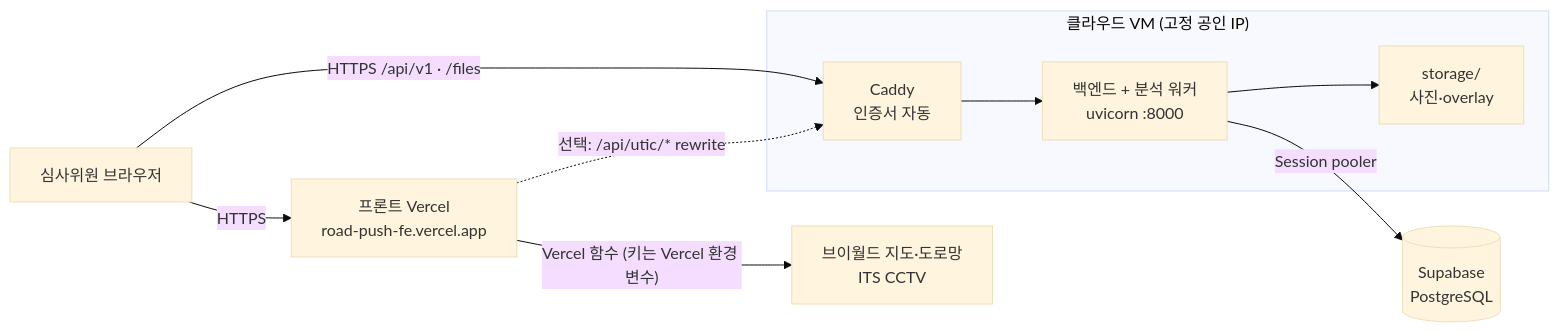
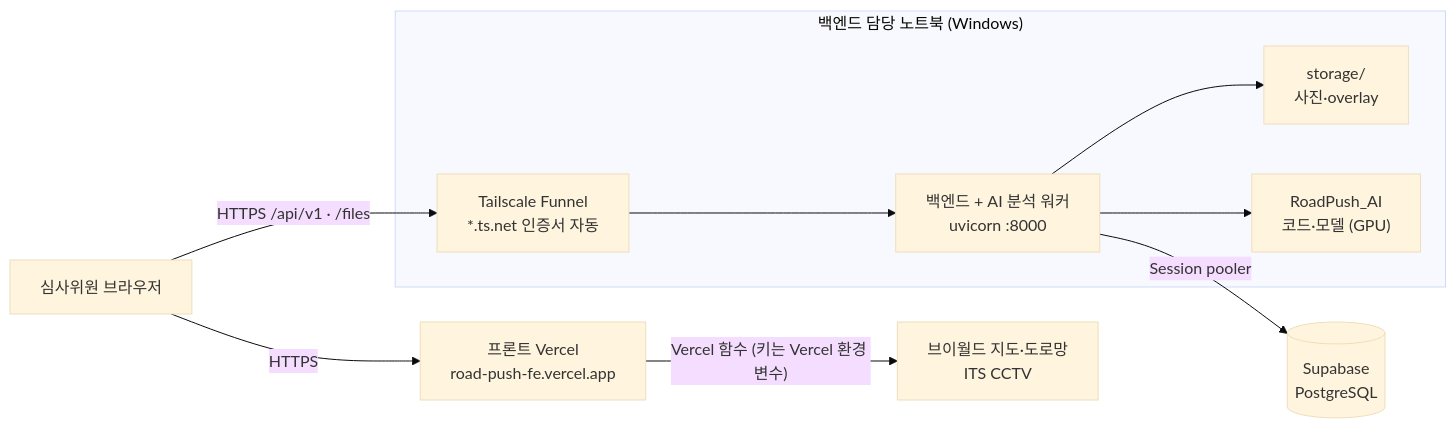
Before and after one commit to KingHaKyung/RoadPush_BE: the diagram in docs/DEPLOY.md, drawn with Mermaid (base theme). The commit also changed other lines of this file and 15 other files, not shown here.

First line of the commit message:
배포를 노트북 + Tailscale Funnel로 정리

````diff
--- a/docs/DEPLOY.md
+++ b/docs/DEPLOY.md
@@ -8,12 +15,12 @@
 ```mermaid
 flowchart LR
     U["심사위원 브라우저"] -->|HTTPS| FE["프론트 Vercel<br/>road-push-fe.vercel.app"]
     FE -->|"Vercel 함수 (키는 Vercel 환경 변수)"| EXT["브이월드 지도·도로망<br/>ITS CCTV"]
-    U -->|"HTTPS /api/v1 · /files"| C["Caddy<br/>인증서 자동"]
-    subgraph VM["클라우드 VM (고정 공인 IP)"]
-        C --> BE["백엔드 + 분석 워커<br/>uvicorn :8000"]
+    U -->|"HTTPS /api/v1 · /files"| TS["Tailscale Funnel<br/>*.ts.net 인증서 자동"]
+    subgraph PC["백엔드 담당 노트북 (Windows)"]
+        TS --> BE["백엔드 + AI 분석 워커<br/>uvicorn :8000"]
         BE --> ST["storage/<br/>사진·overlay"]
+        BE --> AI["RoadPush_AI<br/>코드·모델 (GPU)"]
     end
     BE -->|Session pooler| DB[("Supabase<br/>PostgreSQL")]
-    FE -.->|"선택: /api/utic/* rewrite"| C
 ```
````
